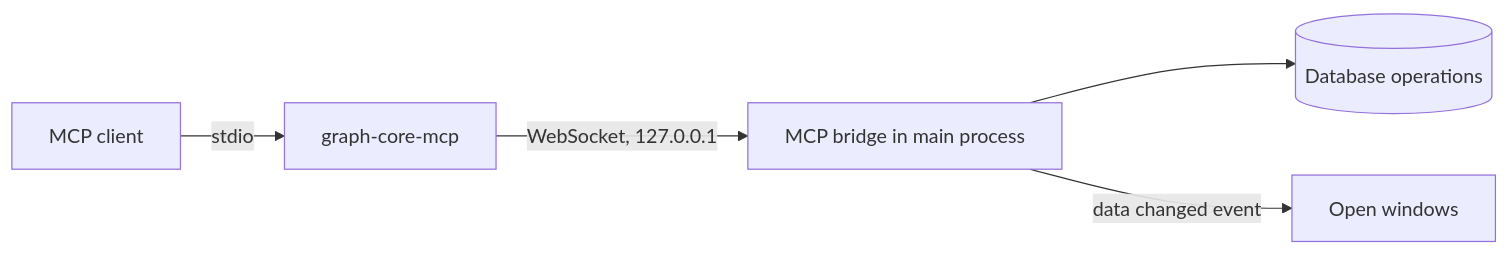
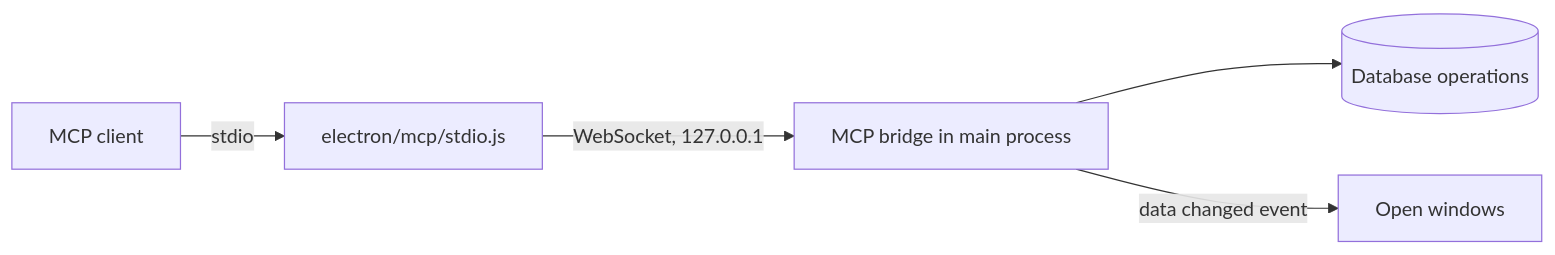
One commit to sorenwacker/graph-core changed the diagram in docs/architecture/mcp.md. Above: the diagram before and after it, drawn with Mermaid. The commit also changed other lines of this file and 13 other files, not shown here.

````diff
--- a/docs/architecture/mcp.md
+++ b/docs/architecture/mcp.md
@@ -9,7 +9,7 @@
 ```mermaid
 graph LR
-    CLIENT[MCP client] -- stdio --> MCP[graph-core-mcp]
+    CLIENT[MCP client] -- stdio --> MCP[electron/mcp/stdio.js]
     MCP -- WebSocket, 127.0.0.1 --> BRIDGE[MCP bridge in main process]
     BRIDGE --> DB[(Database operations)]
     BRIDGE -- data changed event --> RENDERER[Open windows]
 ```
````
